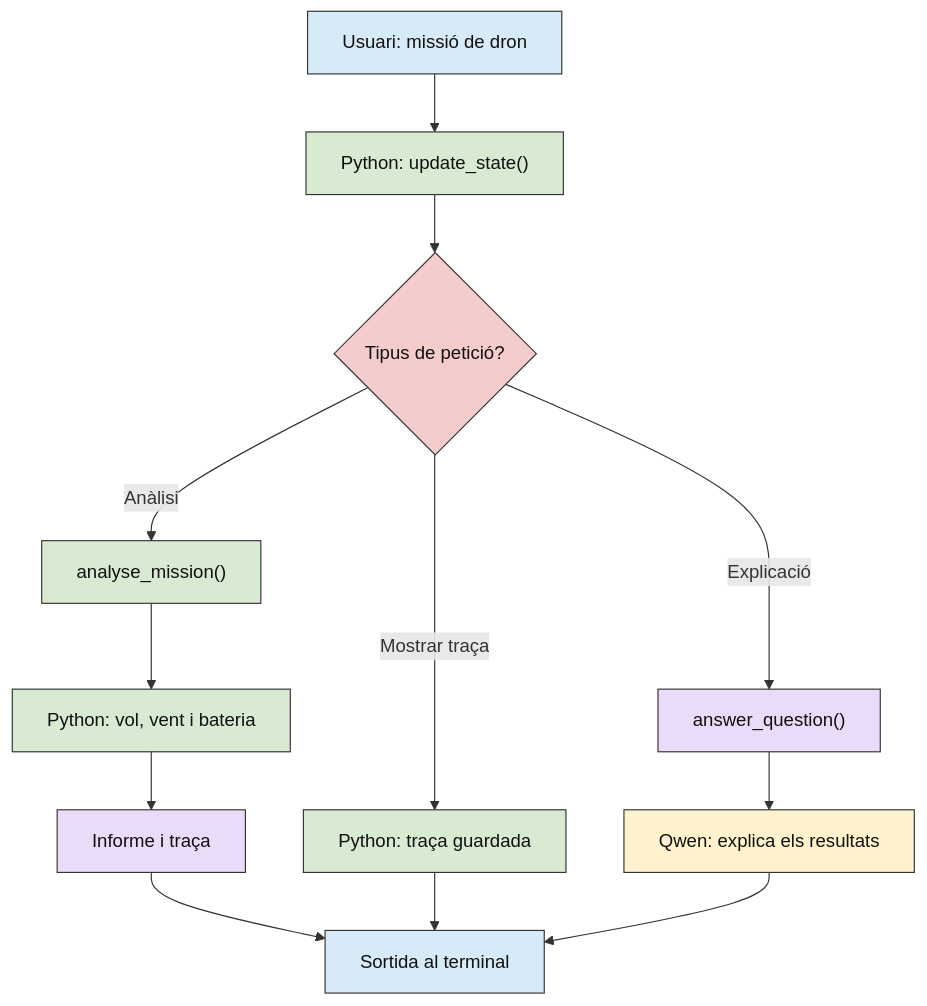
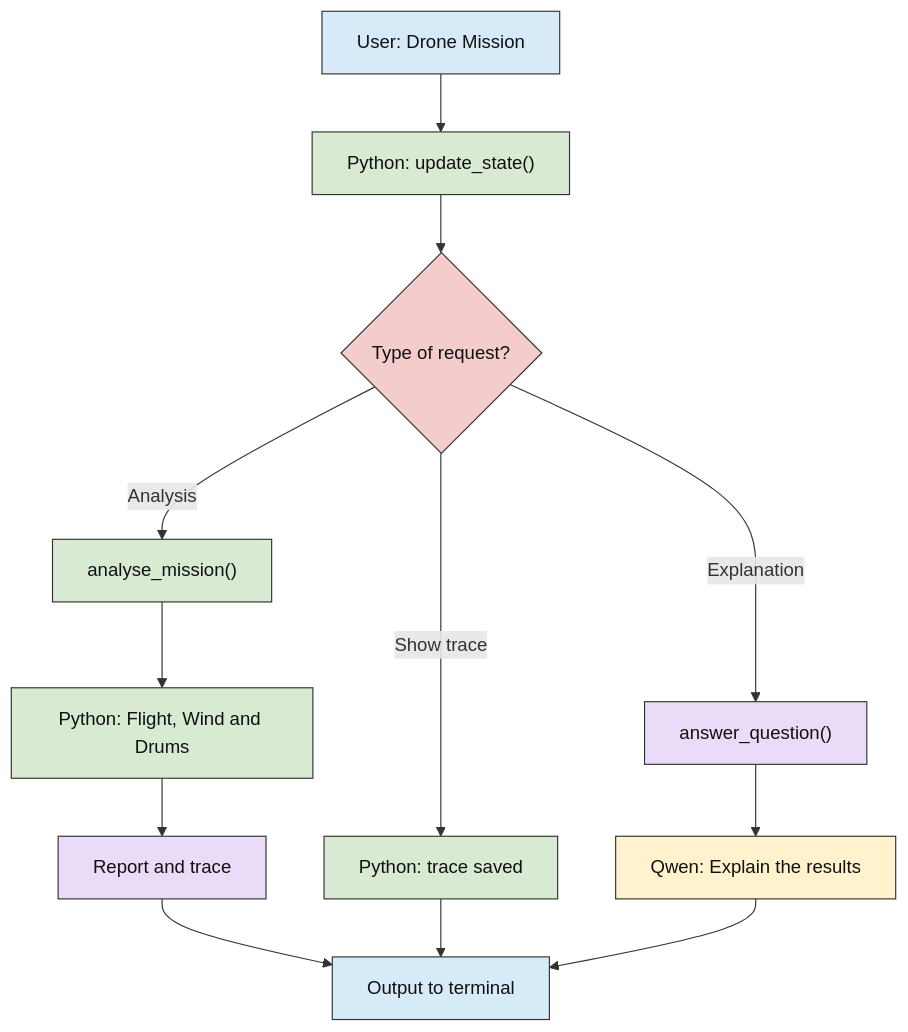
The fourth of 15 diagrams in AI_Observability/docs/08_examples.md (eetac/Visual_tools_for_AI), drawn with Mermaid before and after one commit. The commit also changed other lines of this file and 31 other files, not shown here.

````diff
--- a/AI_Observability/docs/08_examples.md
+++ b/AI_Observability/docs/08_examples.md
@@ -370,26 +370,26 @@
 ```mermaid
 flowchart TD
-    U["Usuari: missió de dron"] --> P["Python: update_state()"]
-    P --> D{"Tipus de petició?"}
-    D -->|Anàlisi| A["analyse_mission()"]
-    A --> T["Python: vol, vent i bateria"]
-    T --> I["Informe i traça"]
-    D -->|Mostrar traça| TR["Python: traça guardada"]
-    D -->|Explicació| Q["answer_question()"]
-    Q --> L["Qwen: explica els resultats"]
-    I --> F["Sortida al terminal"]
+    U["User: Drone Mission"] --> P["Python: update_state()"]
+    P --> D{"Type of request?"}
+    D -->|Analysis| A["analyse_mission()"]
+    A --> T["Python: Flight, Wind and Drums"]
+    T --> I["Report and trace"]
+    D -->|Show trace| TR["Python: trace saved"]
+    D -->|Explanation| Q["answer_question()"]
+    Q --> L["Qwen: Explain the results"]
+    I --> F["Output to terminal"]
     TR --> F
     L --> F
     class U,F entrada
     class P,A,T,TR python
     class D decisio
     class I,Q servei
     class L llm
     classDef entrada fill:#D6EAF8,stroke:#333333,color:#111111
     classDef llm fill:#FFF2CC,stroke:#333333,color:#111111
     classDef python fill:#D9EAD3,stroke:#333333,color:#111111
     classDef decisio fill:#F4CCCC,stroke:#333333,color:#111111
     classDef servei fill:#EADCF8,stroke:#333333,color:#111111
     classDef agent fill:#FCE5CD,stroke:#333333,color:#111111
     classDef opik fill:#F5F5F5,stroke:#333333,color:#111111
 ```
````
